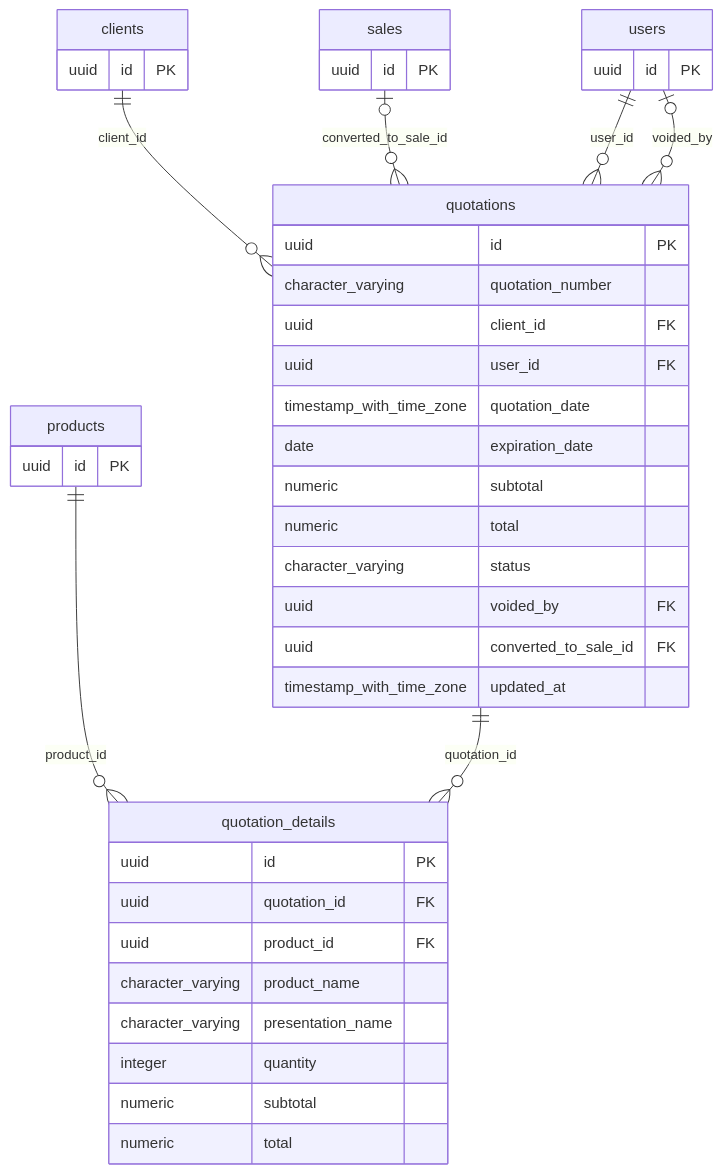
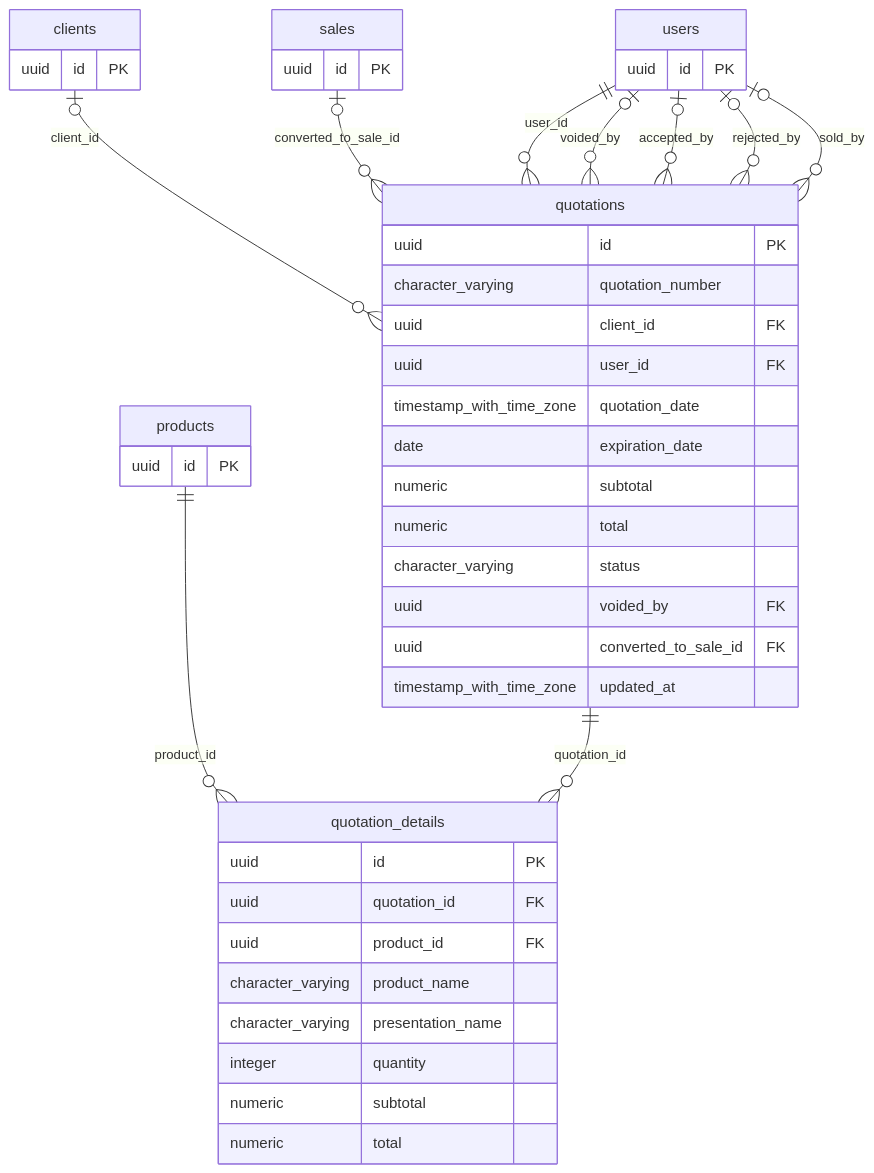
The diagram in docs/flowcharts/database/er-quotations.mmd (krezoiv/Comercial-Jhoel-Api), drawn with Mermaid before and after one commit. The commit also changed 179 other files, not shown here.

```diff
--- a/docs/flowcharts/database/er-quotations.mmd
+++ b/docs/flowcharts/database/er-quotations.mmd
@@ -1,53 +1,56 @@
 %% @generado: docs/codebase-study/tools/flowcharts.js (no editar a mano; se regenera)
 %% @titulo: Modelo entidad-relación — Cotizaciones
 %% @modulo: Cotizaciones (quotations)
 %% @representa: Tablas del dominio quotations (asignadas al módulo que más las usa), columnas importantes (PK, FK, montos, estados, fechas), llaves foráneas reales y su cardinalidad (|o = FK opcional, o| = relación 1 a 1 por UNIQUE)
 %% @inicio: Esquema real de PostgreSQL (pg_catalog)
 %% @archivos: comercial-jhoel-api/src/database/migrations (definición) ; docs/codebase-study/05_DATABASE_REFERENCE.md (todas las columnas por tabla)
 %% @decisiones: No aplica (estructura)
 %% @datos: quotation_details, quotations
 %% @fin: No aplica
 %% @errores: Las restricciones CHECK/UNIQUE/FK rechazan filas inválidas (ver la referencia de la tabla)
 erDiagram
   quotation_details {
     uuid id PK
     uuid quotation_id FK
     uuid product_id FK
     character_varying product_name
     character_varying presentation_name
     integer quantity
     numeric subtotal
     numeric total
   }
   quotations {
     uuid id PK
     character_varying quotation_number
     uuid client_id FK
     uuid user_id FK
     timestamp_with_time_zone quotation_date
     date expiration_date
     numeric subtotal
     numeric total
     character_varying status
     uuid voided_by FK
     uuid converted_to_sale_id FK
     timestamp_with_time_zone updated_at
   }
   products {
     uuid id PK
   }
   clients {
     uuid id PK
   }
   sales {
     uuid id PK
   }
   users {
     uuid id PK
   }
   products ||--o{ quotation_details : "product_id"
   quotations ||--o{ quotation_details : "quotation_id"
-  clients ||--o{ quotations : "client_id"
+  clients |o--o{ quotations : "client_id"
   sales |o--o{ quotations : "converted_to_sale_id"
   users ||--o{ quotations : "user_id"
   users |o--o{ quotations : "voided_by"
+  users |o--o{ quotations : "accepted_by"
+  users |o--o{ quotations : "rejected_by"
+  users |o--o{ quotations : "sold_by"
```
